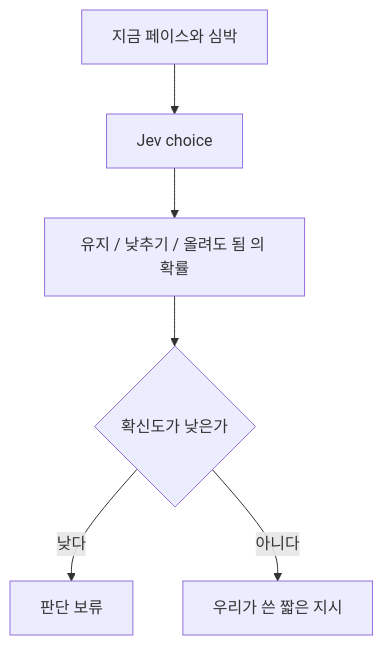
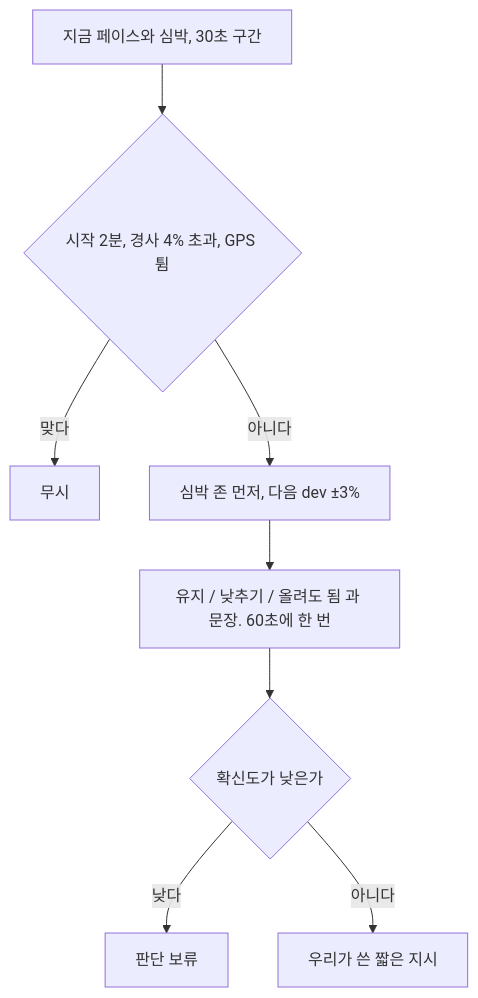
The diagram in docs/v4/features/live-pace.md (BeomhyunPark/hoohaa), drawn with Mermaid before and after one commit. The commit also changed other lines of this file and 17 other files, not shown here.

````diff
--- a/docs/v4/features/live-pace.md
+++ b/docs/v4/features/live-pace.md
@@ -17,8 +19,10 @@
 ```mermaid
 flowchart TD
-  live["지금 페이스와 심박"] --> jev["Jev choice"]
-  jev --> p["유지 / 낮추기 / 올려도 됨 의 확률"]
+  live["지금 페이스와 심박, 30초 구간"] --> skip{"시작 2분, 경사 4% 초과, GPS 튐"}
+  skip -->|맞다| ignore["무시"]
+  skip -->|아니다| rule["심박 존 먼저, 다음 dev ±3%"]
+  rule --> p["유지 / 낮추기 / 올려도 됨 과 문장. 60초에 한 번"]
   p --> gate{"확신도가 낮은가"}
   gate -->|낮다| hold["판단 보류"]
   gate -->|아니다| show["우리가 쓴 짧은 지시"]
 ```
````
